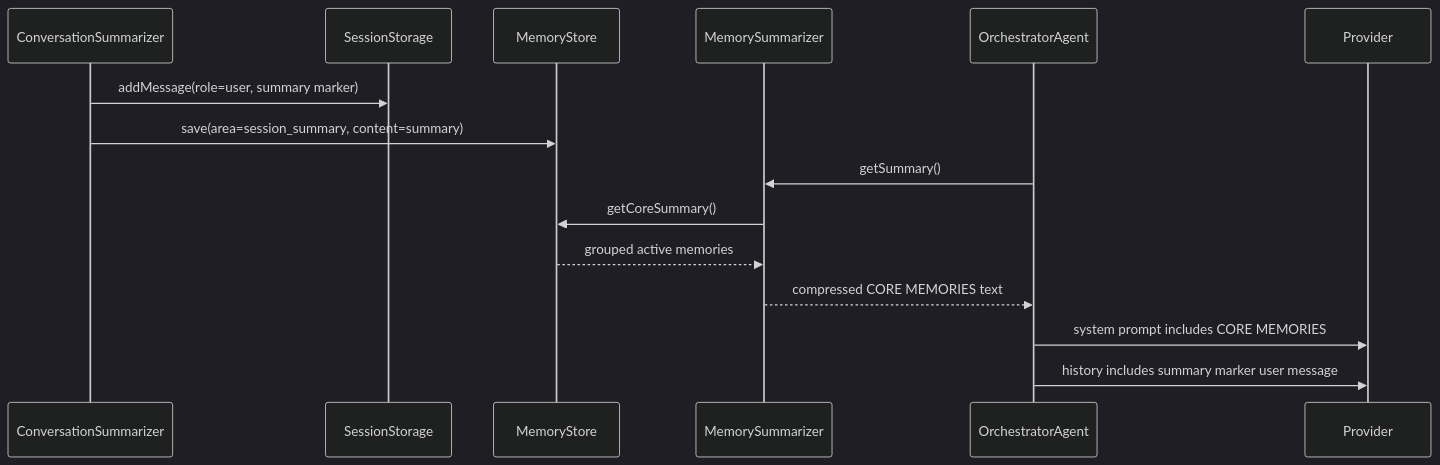
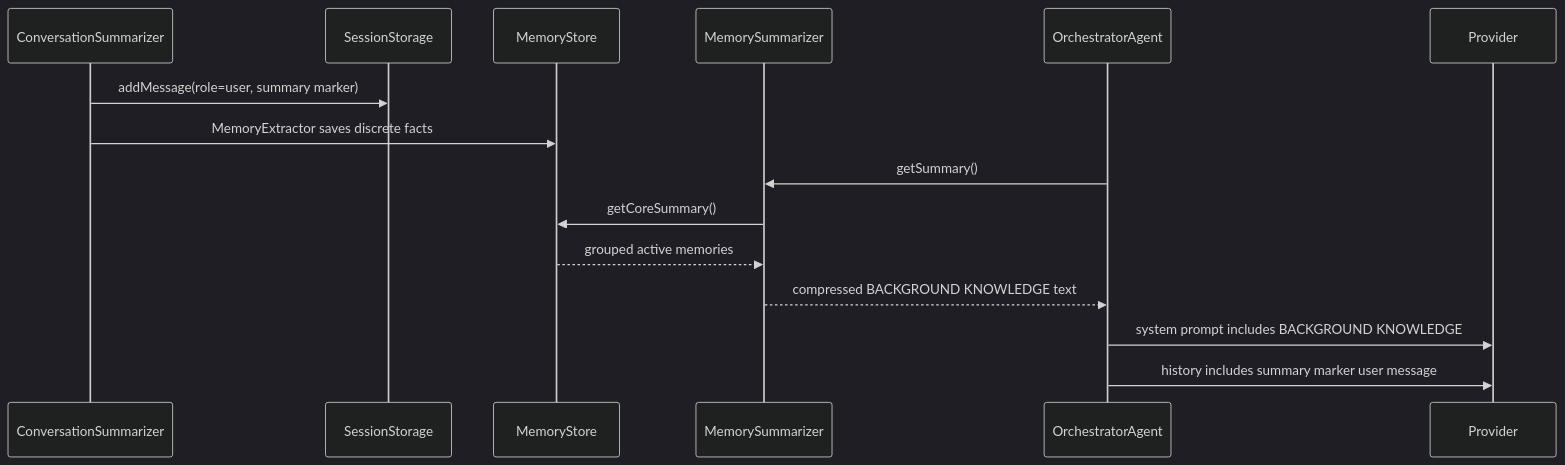
The fifth of 5 diagrams in docs/CHAT.md (AgentCoqui/coqui), drawn with Mermaid (dark theme) before and after one commit. The commit also changed other lines of this file and 5 other files, not shown here.

````diff
--- a/docs/CHAT.md
+++ b/docs/CHAT.md
@@ -228,18 +242,18 @@
 ```mermaid
 sequenceDiagram
     participant Summ as ConversationSummarizer
     participant Store as SessionStorage
     participant Mem as MemoryStore
     participant MemSum as MemorySummarizer
     participant Agent as OrchestratorAgent
     participant LLM as Provider
 
     Summ->>Store: addMessage(role=user, summary marker)
-    Summ->>Mem: save(area=session_summary, content=summary)
+    Summ->>Mem: MemoryExtractor saves discrete facts
     Agent->>MemSum: getSummary()
     MemSum->>Mem: getCoreSummary()
     Mem-->>MemSum: grouped active memories
-    MemSum-->>Agent: compressed CORE MEMORIES text
-    Agent->>LLM: system prompt includes CORE MEMORIES
+    MemSum-->>Agent: compressed BACKGROUND KNOWLEDGE text
+    Agent->>LLM: system prompt includes BACKGROUND KNOWLEDGE
     Agent->>LLM: history includes summary marker user message
 ```
````
